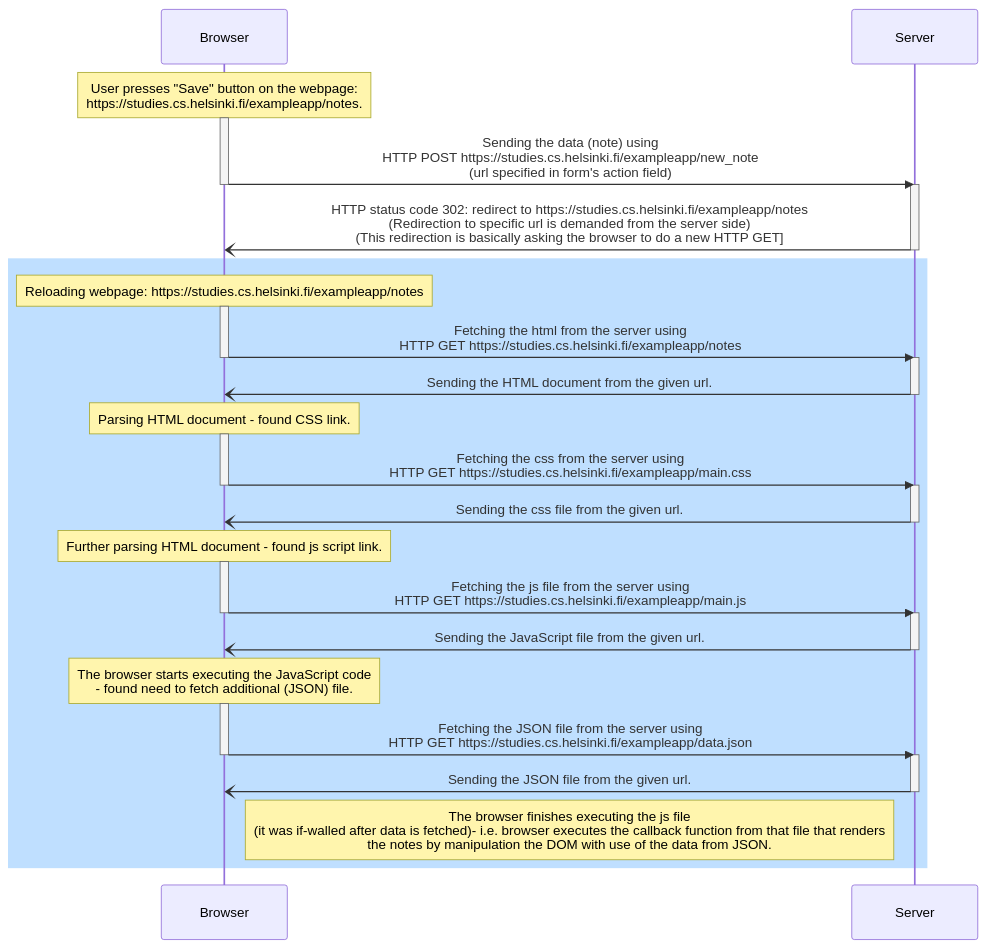
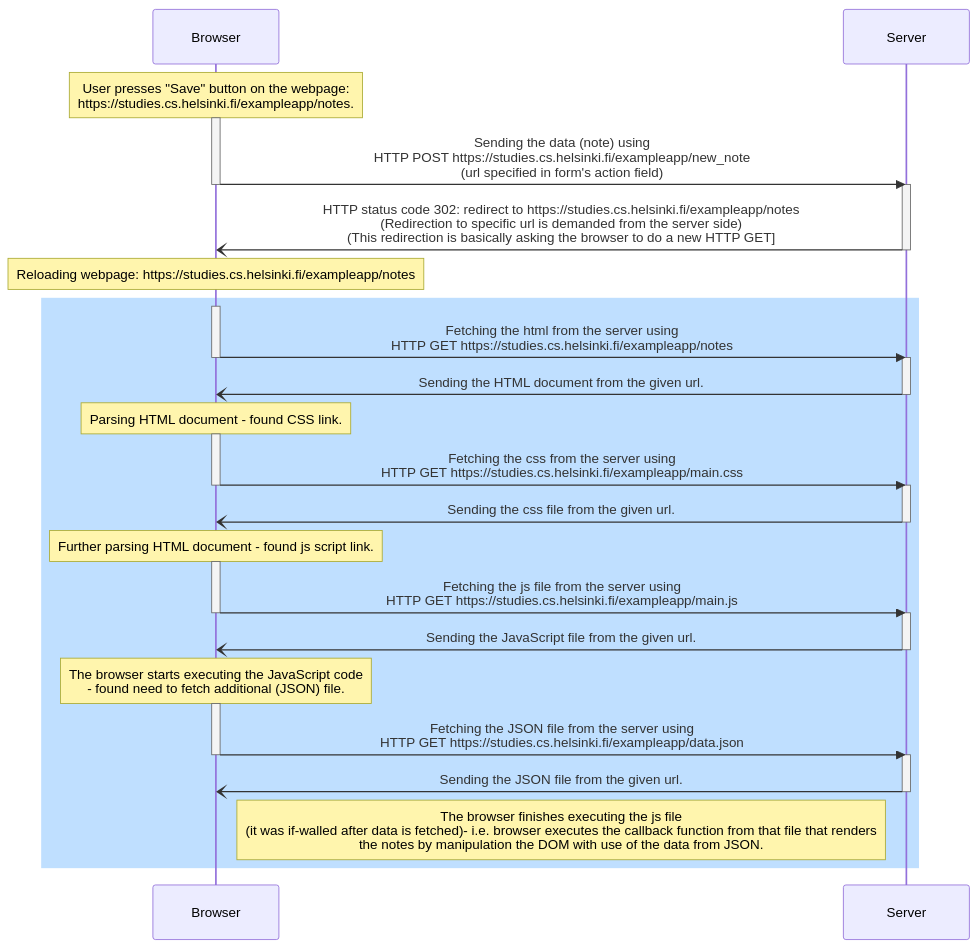
Before and after one commit to szmaragdynia/FullstackLearning: the diagram in part0/excercise0-4.md, drawn with Mermaid.

Commit message:
testing background

````diff
--- a/part0/excercise0-4.md
+++ b/part0/excercise0-4.md
@@ -1,60 +1,60 @@
 ```mermaid
 
 
 
 sequenceDiagram
     participant b as Browser
     participant s as Server
     
         Note over b: User presses "Save" button on the webpage:<br/>https://studies.cs.helsinki.fi/exampleapp/notes.
     
 
     activate b
         b->>s: Sending the data (note) using <br/> HTTP POST https://studies.cs.helsinki.fi/exampleapp/new_note <br/> (url specified in form's action field) 
     deactivate b
     activate s
         s-)b: HTTP status code 302: redirect to https://studies.cs.helsinki.fi/exampleapp/notes <br/> (Redirection to specific url is demanded from the server side) <br/> (This redirection is basically asking the browser to do a new HTTP GET]
     deactivate s
 
-    rect rgb(191, 223, 255)
+        Note over b: Reloading webpage: https://studies.cs.helsinki.fi/exampleapp/notes
     
-        Note over b: Reloading webpage: https://studies.cs.helsinki.fi/exampleapp/notes
+    rect rgb(191, 223, 255)    
 
         activate b
             b->>s: Fetching the html from the server using <br/> HTTP GET https://studies.cs.helsinki.fi/exampleapp/notes
         deactivate b
         activate s
             s-)b: Sending the HTML document from the given url.
         deactivate s
 
             Note over b: Parsing HTML document - found CSS link.
 
         activate b
             b->>s: Fetching the css from the server using <br/> HTTP GET https://studies.cs.helsinki.fi/exampleapp/main.css
         deactivate b
         activate s
             s-)b: Sending the css file from the given url.
         deactivate s
 
             Note over b: Further parsing HTML document - found js script link.
         
         activate b
             b->>s: Fetching the js file from the server using <br/> HTTP GET https://studies.cs.helsinki.fi/exampleapp/main.js
         deactivate b
         activate s
             s-)b: Sending the JavaScript file from the given url.
         deactivate s
 
             Note over b: The browser starts executing the JavaScript code <br/>- found need to fetch additional (JSON) file.
         
         activate b
             b->>s:Fetching the JSON file from the server using <br/> HTTP GET https://studies.cs.helsinki.fi/exampleapp/data.json
         deactivate b
         activate s
             s-)b: Sending the JSON file from the given url.
         deactivate s
 
             Note right of b: The browser finishes executing the js file <br/> (it was if-walled after data is fetched)- i.e. browser executes the callback function from that file that renders <br/> the notes by manipulation the DOM with use of the data from JSON.
     end
     
 ```
````
